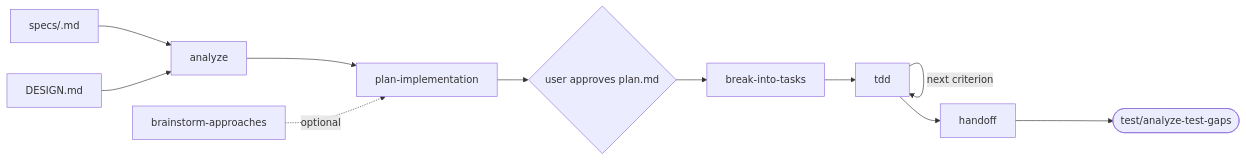
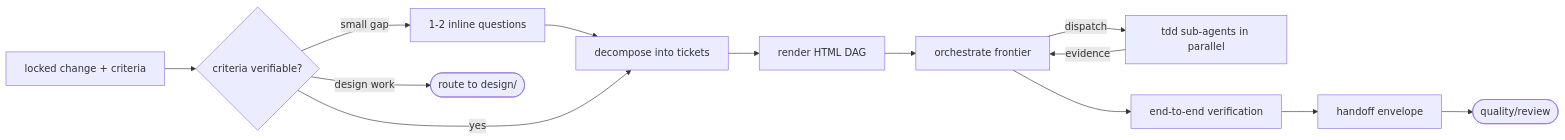
Before and after one commit to XinheLIU/agent-coding-skills: the diagram in system/skills-src/build/README.md, drawn with Mermaid. The commit also changed other lines of this file and 31 other files, not shown here.

````diff
--- a/system/skills-src/build/README.md
+++ b/system/skills-src/build/README.md
@@ -11,13 +11,15 @@
 ```mermaid
 flowchart LR
-    SPEC[specs/<spec>.md] --> AN
-    DESIGN[DESIGN.md] --> AN
-    AN[analyze] --> PI[plan-implementation]
-    BA[brainstorm-approaches] -.->|optional| PI
-    PI --> GATE{user approves plan.md}
-    GATE --> BT[break-into-tasks]
-    BT --> TDD[tdd]
-    TDD -->|next criterion| TDD
-    TDD --> HO[handoff]
-    HO --> TEST(["test/analyze-test-gaps"])
+    SPEC[locked change + criteria] --> GATE{criteria verifiable?}
+    GATE -->|small gap| CLARIFY[1-2 inline questions]
+    GATE -->|design work| DESIGN(["route to design/"])
+    CLARIFY --> DECOMP
+    GATE -->|yes| DECOMP[decompose into tickets]
+    DECOMP --> DAG[render HTML DAG]
+    DAG --> ORCH[orchestrate frontier]
+    ORCH -->|dispatch| TDD[tdd sub-agents in parallel]
+    TDD -->|evidence| ORCH
+    ORCH --> E2E[end-to-end verification]
+    E2E --> ENV[handoff envelope]
+    ENV --> QUALITY(["quality/review"])
 ```
````
